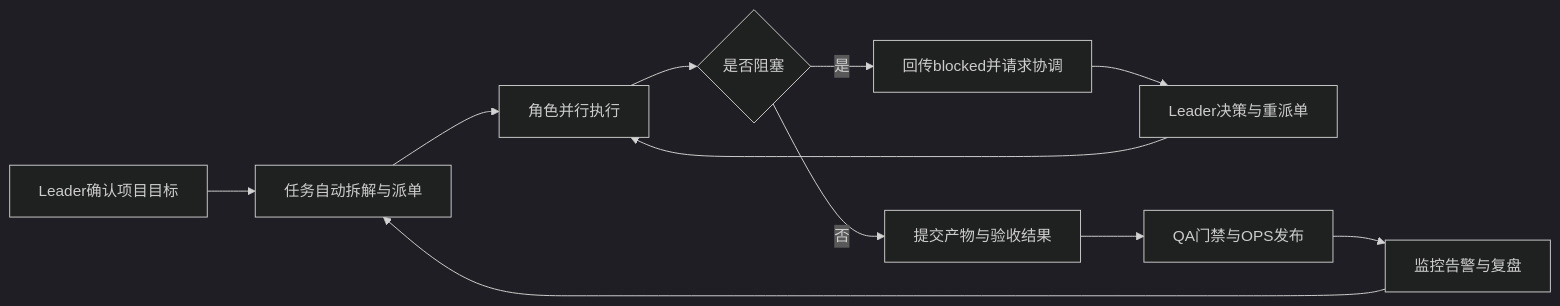
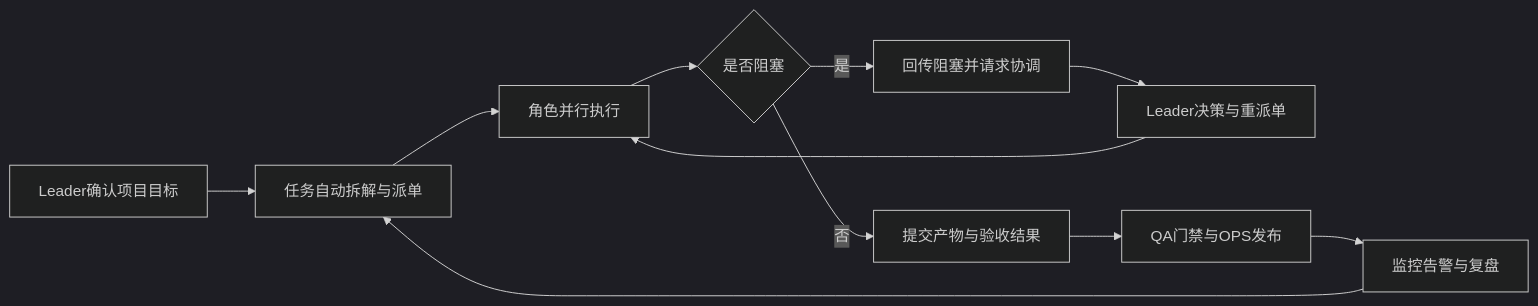
The third of 3 diagrams in README.md (junchenghuo/openclaw-biz-agent), drawn with Mermaid (dark theme) before and after one commit. The commit also changed other lines of this file and 73 other files, not shown here.

````diff
--- a/README.md
+++ b/README.md
@@ -200,13 +206,13 @@
 ```mermaid
 flowchart LR
     A[Leader确认项目目标] --> B[任务自动拆解与派单]
     B --> C[角色并行执行]
     C --> D{是否阻塞}
-    D -->|是| E[回传blocked并请求协调]
+    D -->|是| E[回传阻塞并请求协调]
     E --> F[Leader决策与重派单]
     F --> C
     D -->|否| G[提交产物与验收结果]
     G --> H[QA门禁与OPS发布]
     H --> I[监控告警与复盘]
     I --> B
 ```
````
